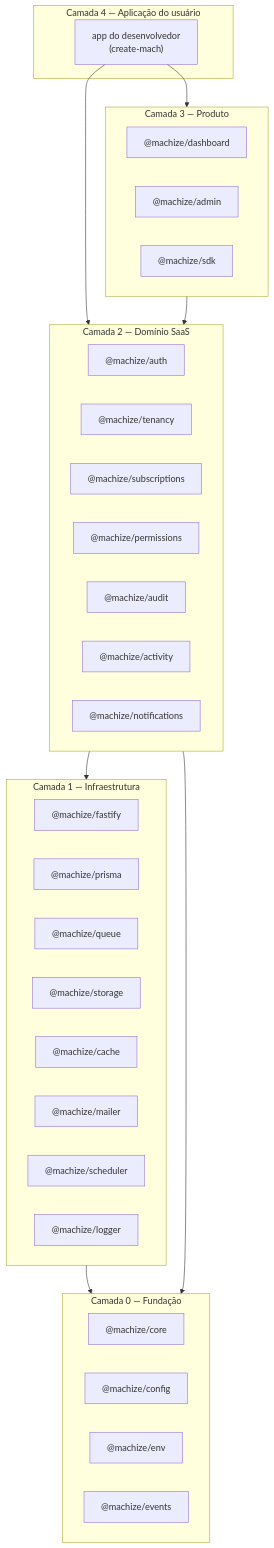
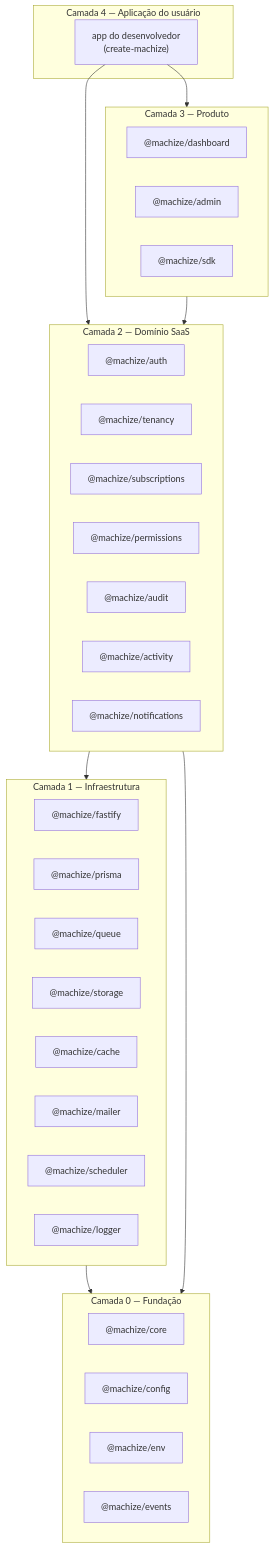
One commit to basaltkit/basalt changed the first of 4 diagrams in ARCHITECTURE.md. Above: the diagram before and after it, drawn with Mermaid. The commit also changed other lines of this file and 33 other files, not shown here.

First line of the commit message:
chore: rename scaffolder to create-machize (npm blocked create-mach as too similar to create-hmac/hash)

````diff
--- a/ARCHITECTURE.md
+++ b/ARCHITECTURE.md
@@ -42,42 +42,42 @@
 ```mermaid
 graph TB
     subgraph L4["Camada 4 — Aplicação do usuário"]
-        APP["app do desenvolvedor<br/>(create-mach)"]
+        APP["app do desenvolvedor<br/>(create-machize)"]
     end
     subgraph L3["Camada 3 — Produto"]
         DASH["@machize/dashboard"]
         ADMIN["@machize/admin"]
         SDK["@machize/sdk"]
     end
     subgraph L2["Camada 2 — Domínio SaaS"]
         AUTH["@machize/auth"]
         TEN["@machize/tenancy"]
         SUBS["@machize/subscriptions"]
         PERM["@machize/permissions"]
         AUD["@machize/audit"]
         ACT["@machize/activity"]
         NOTIF["@machize/notifications"]
     end
     subgraph L1["Camada 1 — Infraestrutura"]
         FAST["@machize/fastify"]
         PRISMA["@machize/prisma"]
         QUEUE["@machize/queue"]
         STOR["@machize/storage"]
         CACHE["@machize/cache"]
         MAIL["@machize/mailer"]
         SCHED["@machize/scheduler"]
         LOG["@machize/logger"]
     end
     subgraph L0["Camada 0 — Fundação"]
         CORE["@machize/core"]
         CONFIG["@machize/config"]
         ENV["@machize/env"]
         EVENTS["@machize/events"]
     end
     APP --> L3
     APP --> L2
     L3 --> L2
     L2 --> L1
     L1 --> L0
     L2 --> L0
 ```
````
